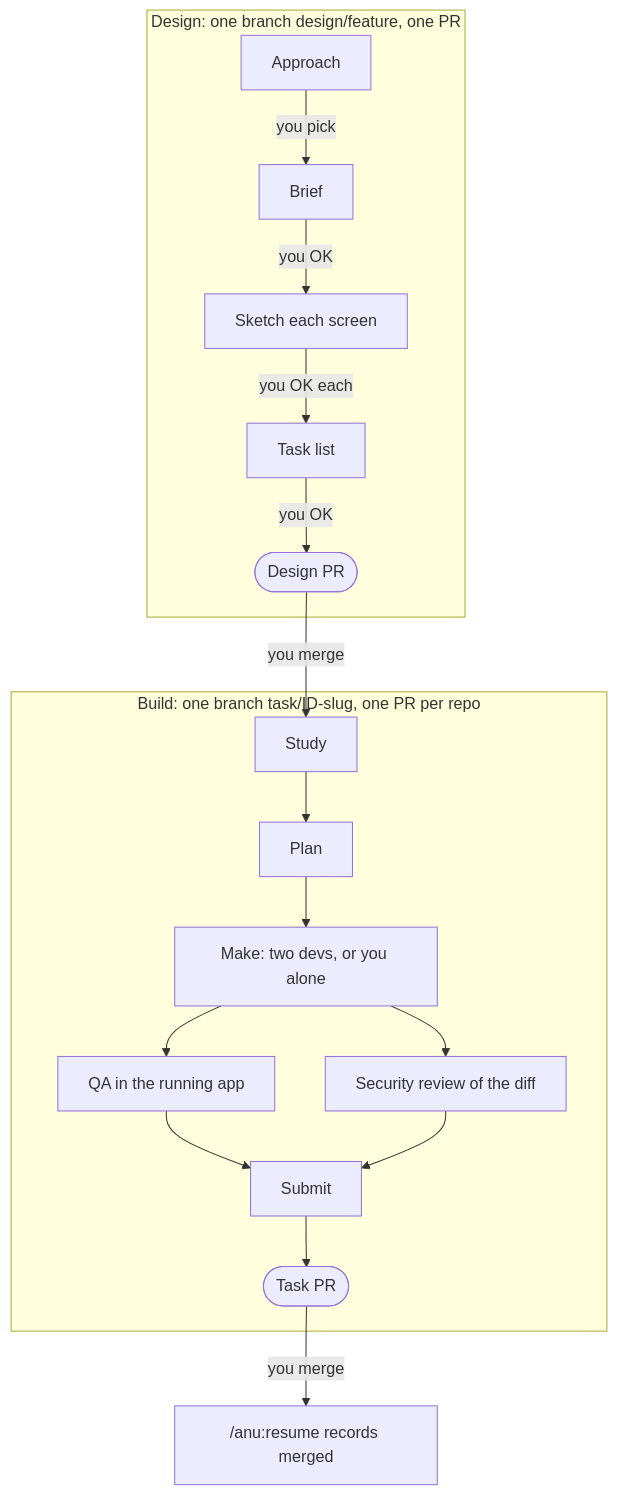
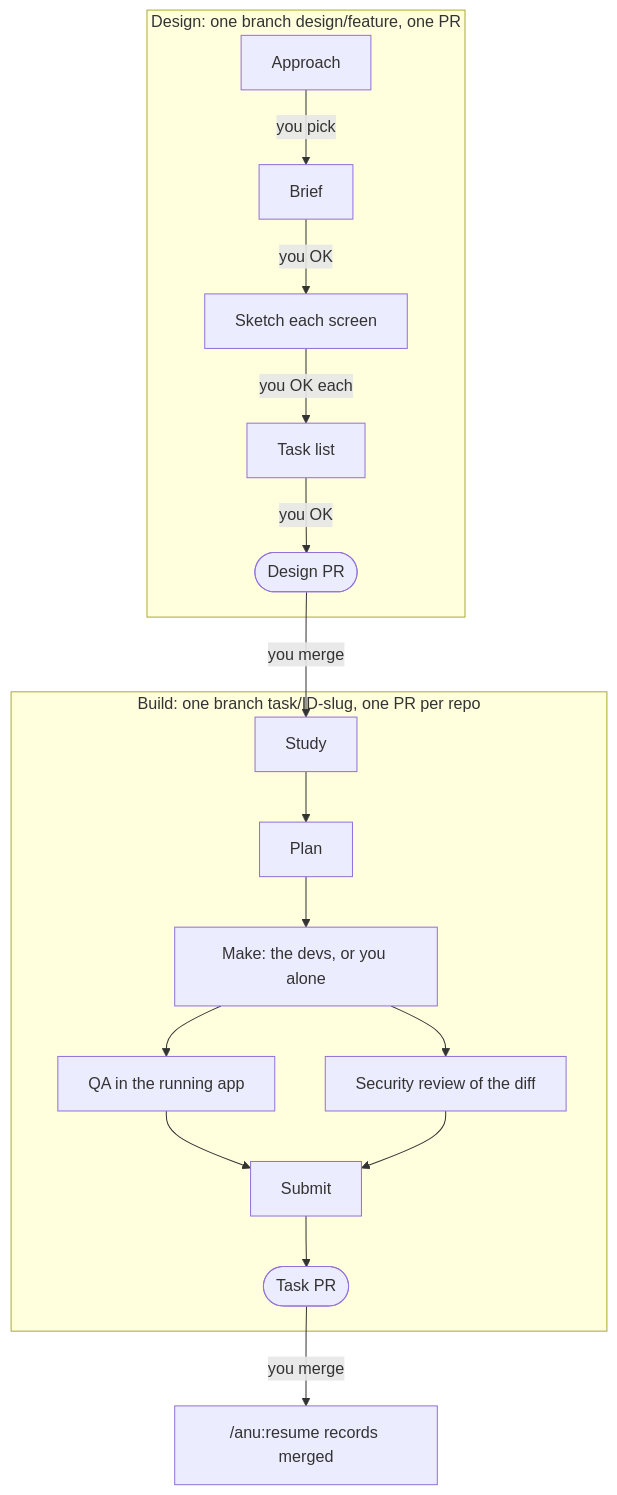
One commit to Tulifo/anu changed the diagram in docs/how-it-works.md. Above: the diagram before and after it, drawn with Mermaid. The commit also changed other lines of this file and 36 other files, not shown here.

````diff
--- a/docs/how-it-works.md
+++ b/docs/how-it-works.md
@@ -14,20 +14,20 @@
 ```mermaid
 flowchart TD
     subgraph Design ["Design: one branch design/feature, one PR"]
         A["Approach"] -->|you pick| BR["Brief"]
         BR -->|you OK| SK["Sketch each screen"]
         SK -->|you OK each| TL["Task list"]
         TL -->|you OK| DPR(["Design PR"])
     end
     DPR -->|you merge| T
     subgraph Build ["Build: one branch task/ID-slug, one PR per repo"]
         T["Study"] --> P["Plan"]
-        P --> M["Make: two devs, or you alone"]
+        P --> M["Make: the devs, or you alone"]
         M --> Q["QA in the running app"]
         M --> S["Security review of the diff"]
         Q --> SUB["Submit"]
         S --> SUB
         SUB --> TPR(["Task PR"])
     end
     TPR -->|you merge| R["/anu:resume records merged"]
 ```
````
